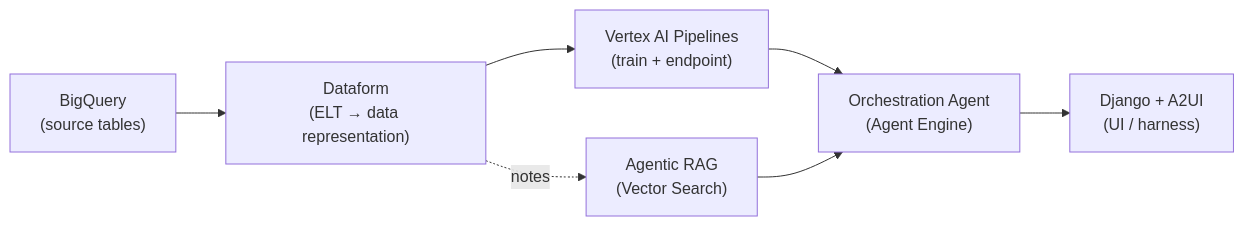
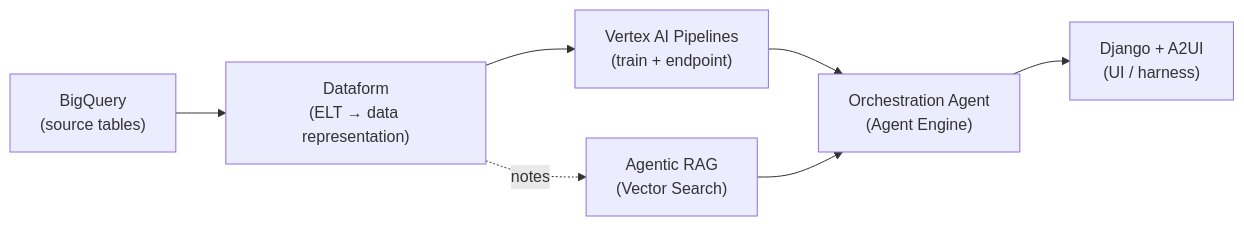
The diagram in README.md (DanHerman212/enterprise_clinical_copilot), drawn with Mermaid before and after one commit.

Commit message:
updated diagram

````diff
--- a/README.md
+++ b/README.md
@@ -11,13 +11,17 @@
 ```mermaid
 flowchart LR
   BQ["BigQuery<br/>(source tables)"]
   DF["Dataform<br/>(ELT → data representation)"]
   ML["Vertex AI Pipelines<br/>(train + endpoint)"]
   RAG["Agentic RAG<br/>(Vector Search)"]
   AG["Orchestration Agent<br/>(Agent Engine)"]
+  SP[" "]:::spacer
   DJ["Django + A2UI<br/>(UI / harness)"]
 
   BQ --> DF --> ML --> AG
   RAG --> AG --> DJ
   DF -.notes.-> RAG
+  AG ~~~ SP
+
+  classDef spacer fill:none,stroke:none;
 ```
````
